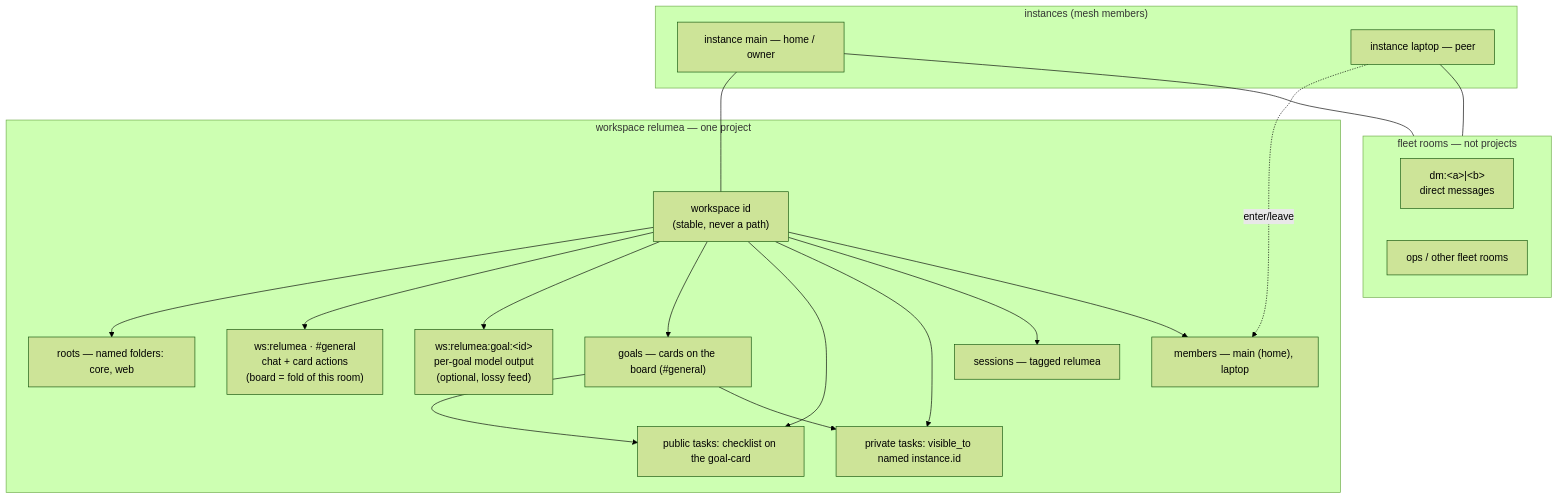
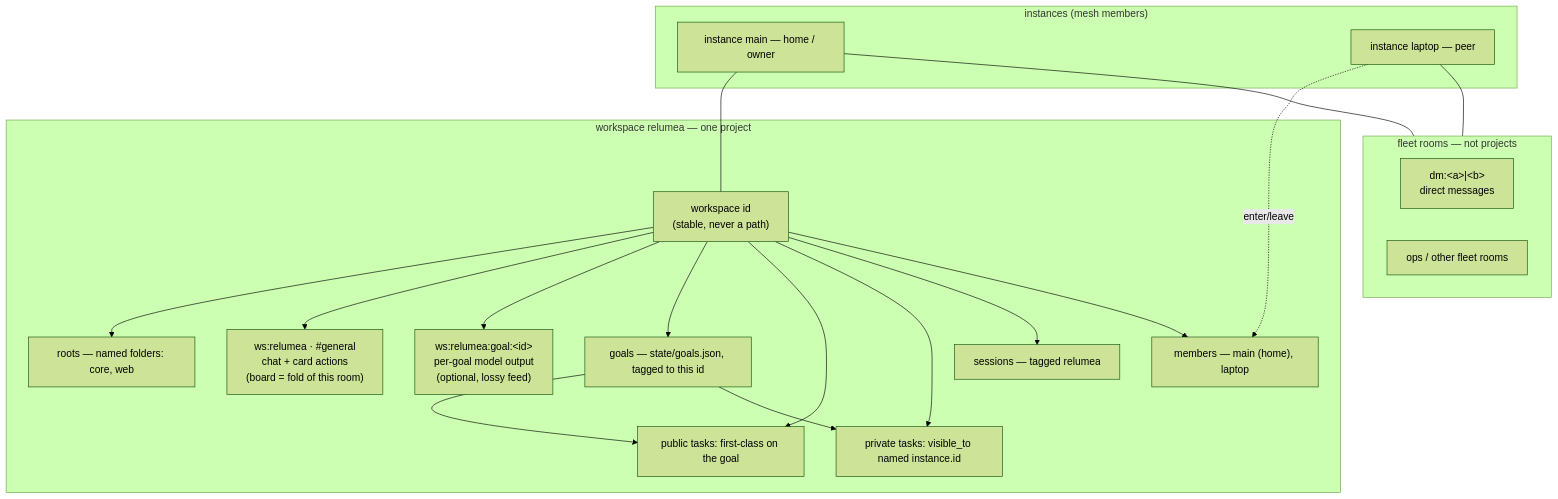
Before and after one commit to maci0/clanker: the second of 11 diagrams in docs/rfcs/0001-workspace-room-board-hierarchy.md, drawn with Mermaid (forest theme). The commit also changed other lines of this file and 1 other file, not shown here.

Commit message:
roadmap, rfc updates

````diff
--- a/docs/rfcs/0001-workspace-room-board-hierarchy.md
+++ b/docs/rfcs/0001-workspace-room-board-hierarchy.md
@@ -279,31 +281,31 @@
   ```mermaid
   flowchart TD
       subgraph Inst["instances (mesh members)"]
           Main["instance main — home / owner"]
           Laptop["instance laptop — peer"]
       end
 
       subgraph WS["workspace relumea — one project"]
           W["workspace id<br/>(stable, never a path)"]
           W --> Roots["roots — named folders: core, web"]
           W --> Gen["ws:relumea · #general<br/>chat + card actions<br/>(board = fold of this room)"]
           W --> GoalRoom["ws:relumea:goal:&lt;id&gt;<br/>per-goal model output<br/>(optional, lossy feed)"]
-          W --> Goals["goals — cards on the board (#general)"]
-          W --> PubTasks["public tasks: checklist on the goal-card"]
+          W --> Goals["goals — state/goals.json, tagged to this id"]
+          W --> PubTasks["public tasks: first-class on the goal"]
           W --> PrivTasks["private tasks: visible_to named instance.id"]
           W --> Sessions["sessions — tagged relumea"]
           W --> Members["members — main (home), laptop"]
           Goals --> PubTasks
           Goals --> PrivTasks
       end
 
       subgraph Fleet["fleet rooms — not projects"]
           DM["dm:&lt;a&gt;|&lt;b&gt;<br/>direct messages"]
           Ops["ops / other fleet rooms"]
       end
 
       Main --- W
       Laptop -.->|enter/leave| Members
       Main --- Fleet
       Laptop --- Fleet
   ```
````
